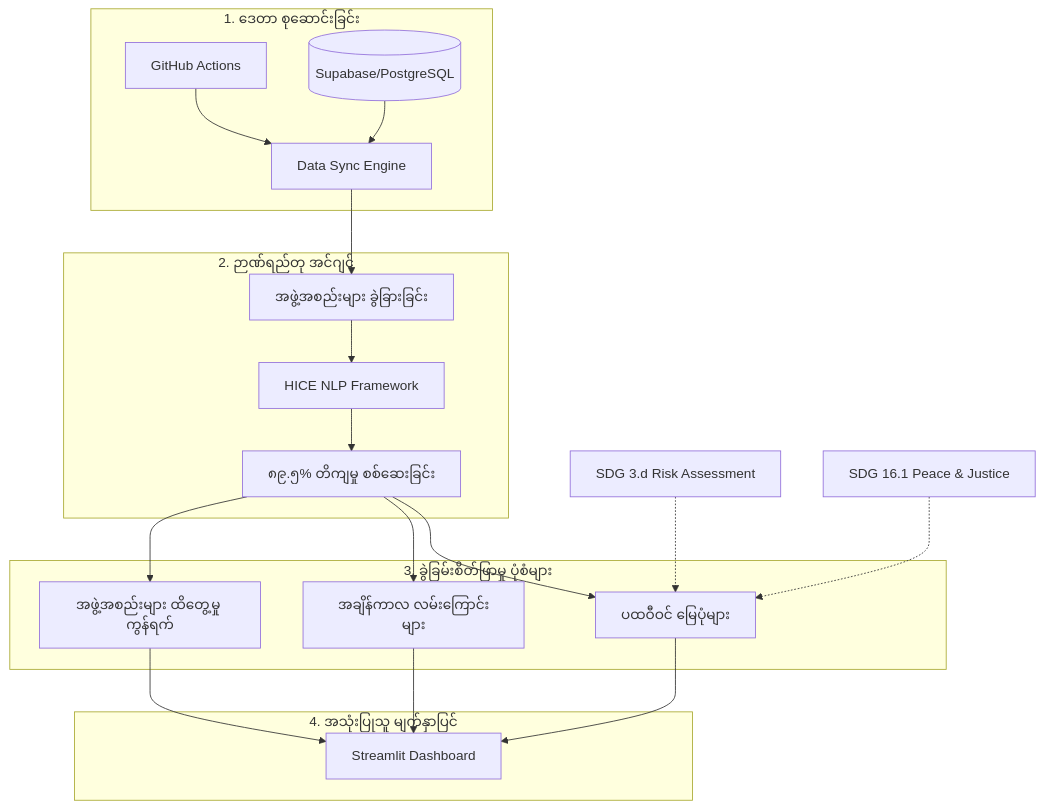
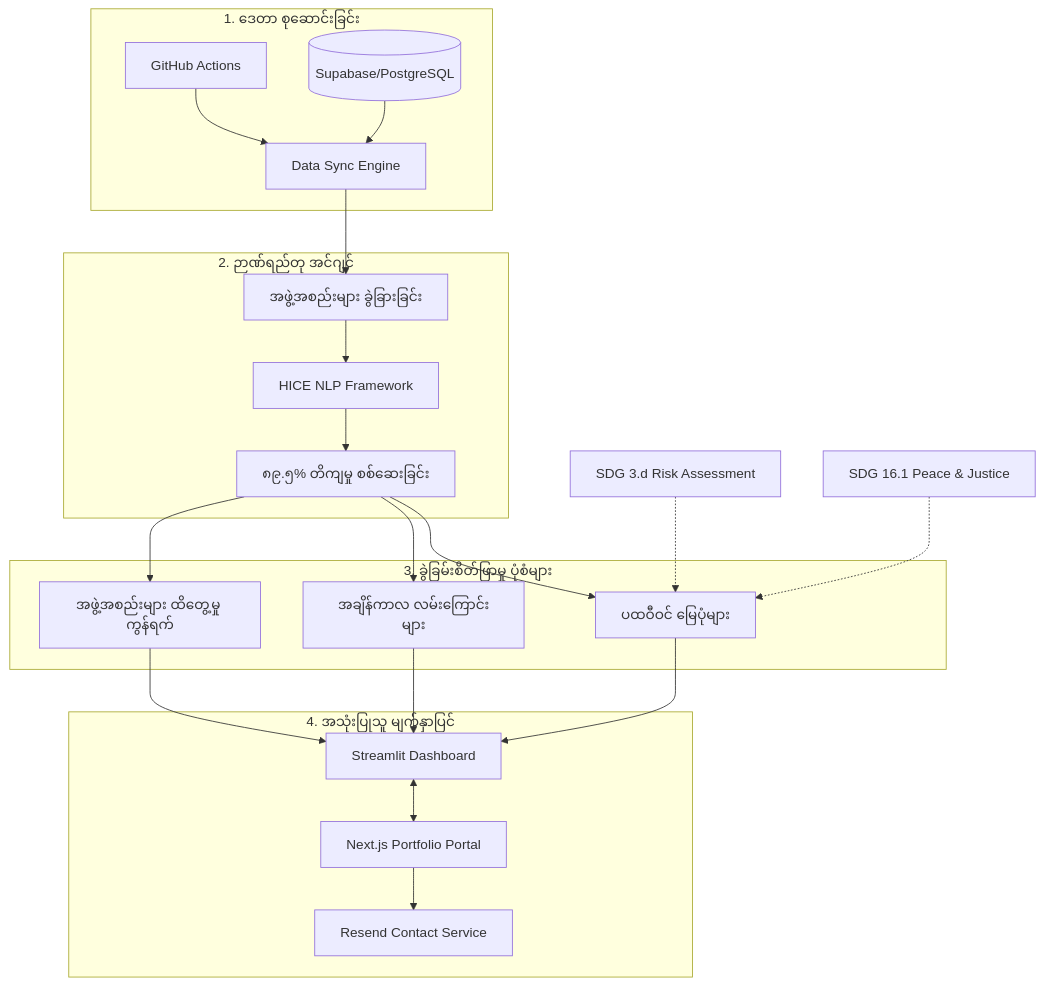
The diagram in docs/myanmar_translation.md (TainYanTun/Myanmar-conflict-observatory), drawn with Mermaid before and after one commit. The commit also changed other lines of this file and 3 other files, not shown here.

First line of the commit message:
refactor(project-overview): Update documentation with architectural and HICE changes

````diff
--- a/docs/myanmar_translation.md
+++ b/docs/myanmar_translation.md
@@ -35,52 +31,56 @@
 ```mermaid
 flowchart TD
 
 %% Strategic Alignment
 SDG3[SDG 3.d Risk Assessment]
 SDG16[SDG 16.1 Peace & Justice]
 
 %% 1. Data Ingestion
 subgraph "1. ဒေတာ စုဆောင်းခြင်း"
     GHA[GitHub Actions]
     Sync[Data Sync Engine]
     Supabase[(Supabase/PostgreSQL)]
     
     GHA --> Sync
     Supabase --> Sync
 end
 
 %% 2. Intelligence Engine
 subgraph "2. ဉာဏ်ရည်တု အင်ဂျင်"
     Actor[အဖွဲ့အစည်းများ ခွဲခြားခြင်း]
     NLP[HICE NLP Framework]
     Validation[၈၉.၅% တိကျမှု စစ်ဆေးခြင်း]
 
     Sync --> Actor
     Actor --> NLP
     NLP --> Validation
 end
 
 %% 3. Analytical Models
 subgraph "3. ခွဲခြမ်းစိတ်ဖြာမှု ပုံစံများ"
     Geo[ပထဝီဝင် မြေပုံများ]
     Temp[အချိန်ကာလ လမ်းကြောင်းများ]
     Net[အဖွဲ့အစည်းများ ထိတွေ့မှု ကွန်ရက်]
 
     Validation --> Geo
     Validation --> Temp
     Validation --> Net
 end
 
 %% 4. Mission Control
 subgraph "4. အသုံးပြုသူ မျက်နှာပြင်"
     Dashboard[Streamlit Dashboard]
+    NextJS[Next.js Portfolio Portal]
+    Resend[Resend Contact Service]
 
     Geo --> Dashboard
     Temp --> Dashboard
     Net --> Dashboard
+    Dashboard <--> NextJS
+    NextJS --> Resend
 end
 
 %% Strategic influence
 SDG3 -.-> Geo
 SDG16 -.-> Geo
 ```
````
